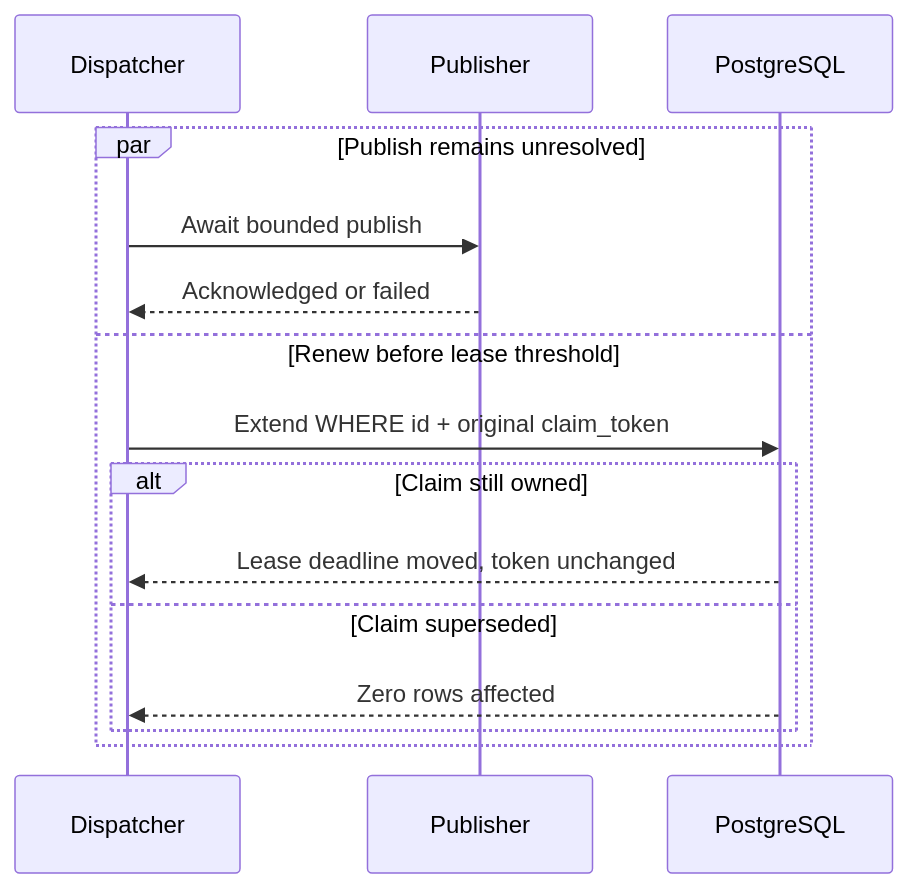
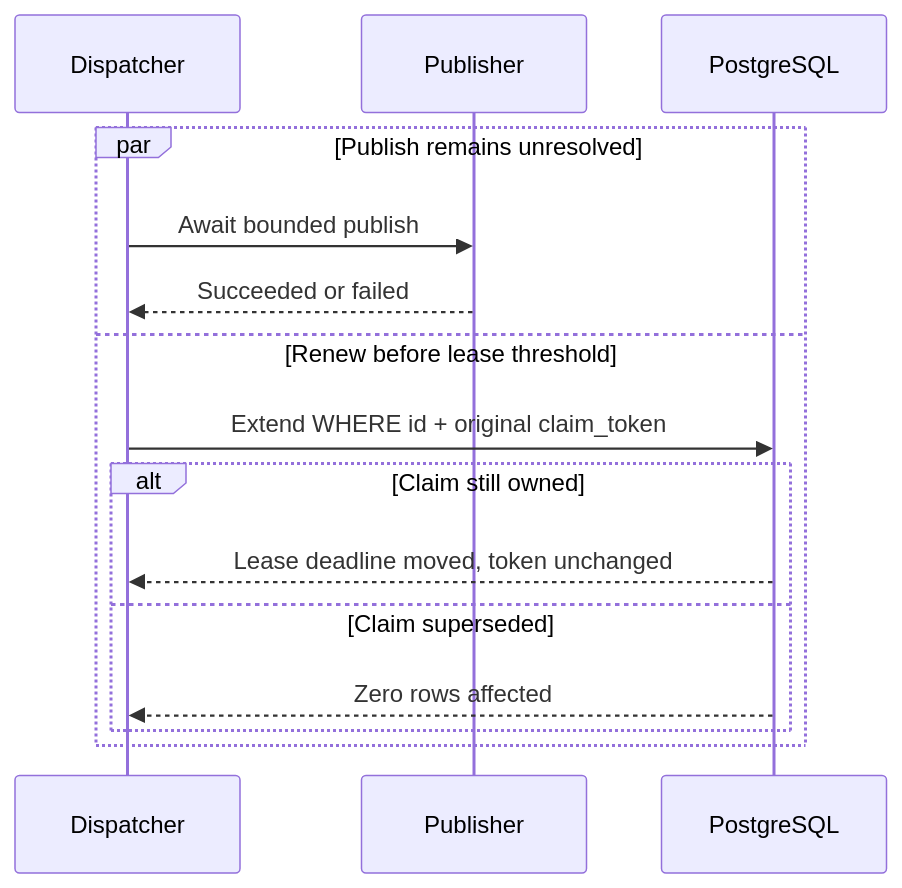
One commit to sisaio/sisa-messaging-rs changed the fifth of 13 diagrams in docs/runtime-flows.md. Above: the diagram before and after it, drawn with Mermaid. The commit also changed other lines of this file and 3 other files, not shown here.

````diff
--- a/docs/runtime-flows.md
+++ b/docs/runtime-flows.md
@@ -137,18 +142,18 @@
 ```mermaid
 sequenceDiagram
     participant Dispatcher
     participant Publisher
     participant DB as PostgreSQL
 
     par Publish remains unresolved
         Dispatcher->>Publisher: Await bounded publish
-        Publisher-->>Dispatcher: Acknowledged or failed
+        Publisher-->>Dispatcher: Succeeded or failed
     and Renew before lease threshold
         Dispatcher->>DB: Extend WHERE id + original claim_token
         alt Claim still owned
             DB-->>Dispatcher: Lease deadline moved, token unchanged
         else Claim superseded
             DB-->>Dispatcher: Zero rows affected
         end
     end
 ```
````
